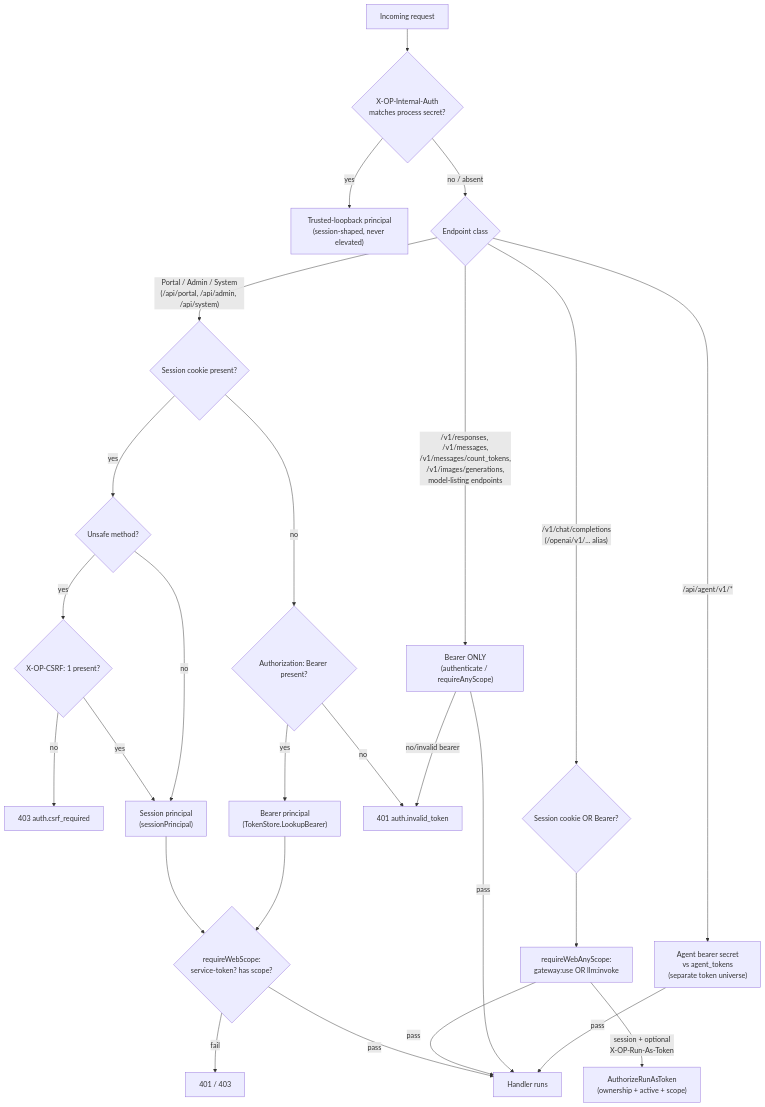
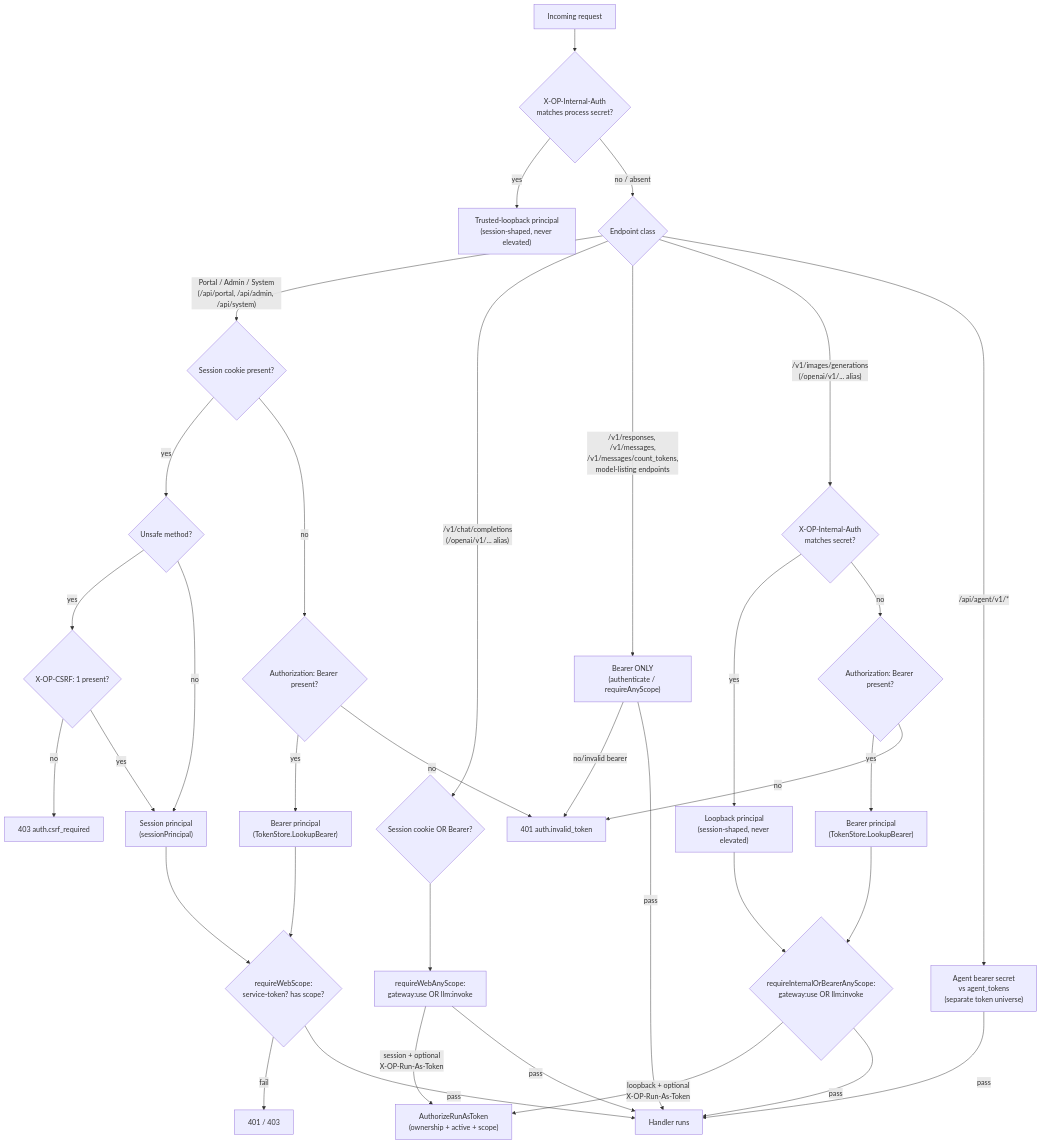
Before and after one commit to JLor08/op-ai-gateway: the first of 3 diagrams in docs/architecture/cross-cutting/security-auth-rbac.md, drawn with Mermaid. The commit also changed other lines of this file and 61 other files, not shown here.

````diff
--- a/docs/architecture/cross-cutting/security-auth-rbac.md
+++ b/docs/architecture/cross-cutting/security-auth-rbac.md
@@ -190,32 +211,42 @@
 ```mermaid
 flowchart TD
     A["Incoming request"] --> B{"X-OP-Internal-Auth\nmatches process secret?"}
     B -- yes --> C["Trusted-loopback principal\n(session-shaped, never elevated)"]
     B -- no / absent --> D{"Endpoint class"}
 
     D -- "Portal / Admin / System\n(/api/portal, /api/admin, /api/system)" --> E{"Session cookie present?"}
     E -- yes --> F{"Unsafe method?"}
     F -- yes --> G{"X-OP-CSRF: 1 present?"}
     G -- no --> X1["403 auth.csrf_required"]
     G -- yes --> H["Session principal\n(sessionPrincipal)"]
     F -- no --> H
     E -- no --> I{"Authorization: Bearer present?"}
     I -- yes --> J["Bearer principal\n(TokenStore.LookupBearer)"]
     I -- no --> X2["401 auth.invalid_token"]
     H --> K{"requireWebScope:\nservice-token? has scope?"}
     J --> K
     K -- fail --> X3["401 / 403"]
     K -- pass --> L["Handler runs"]
 
     D -- "/v1/chat/completions\n(/openai/v1/... alias)" --> M{"Session cookie OR Bearer?"}
     M --> N["requireWebAnyScope:\ngateway:use OR llm:invoke"]
     N -- "session + optional\nX-OP-Run-As-Token" --> O["AuthorizeRunAsToken\n(ownership + active + scope)"]
     N -- pass --> L
 
-    D -- "/v1/responses, /v1/messages,\n/v1/messages/count_tokens,\n/v1/images/generations,\nmodel-listing endpoints" --> P["Bearer ONLY\n(authenticate / requireAnyScope)"]
+    D -- "/v1/responses, /v1/messages,\n/v1/messages/count_tokens,\nmodel-listing endpoints" --> P["Bearer ONLY\n(authenticate / requireAnyScope)"]
     P -- no/invalid bearer --> X2
     P -- pass --> L
+
+    D -- "/v1/images/generations\n(/openai/v1/... alias)" --> R{"X-OP-Internal-Auth\nmatches secret?"}
+    R -- yes --> S["Loopback principal\n(session-shaped, never elevated)"]
+    R -- no --> T{"Authorization: Bearer present?"}
+    T -- yes --> U["Bearer principal\n(TokenStore.LookupBearer)"]
+    T -- no --> X2
+    S --> V{"requireInternalOrBearerAnyScope:\ngateway:use OR llm:invoke"}
+    U --> V
+    V -- "loopback + optional\nX-OP-Run-As-Token" --> O
+    V -- pass --> L
 
     D -- "/api/agent/v1/*" --> Q["Agent bearer secret\nvs agent_tokens\n(separate token universe)"]
     Q -- pass --> L
 ```
````
